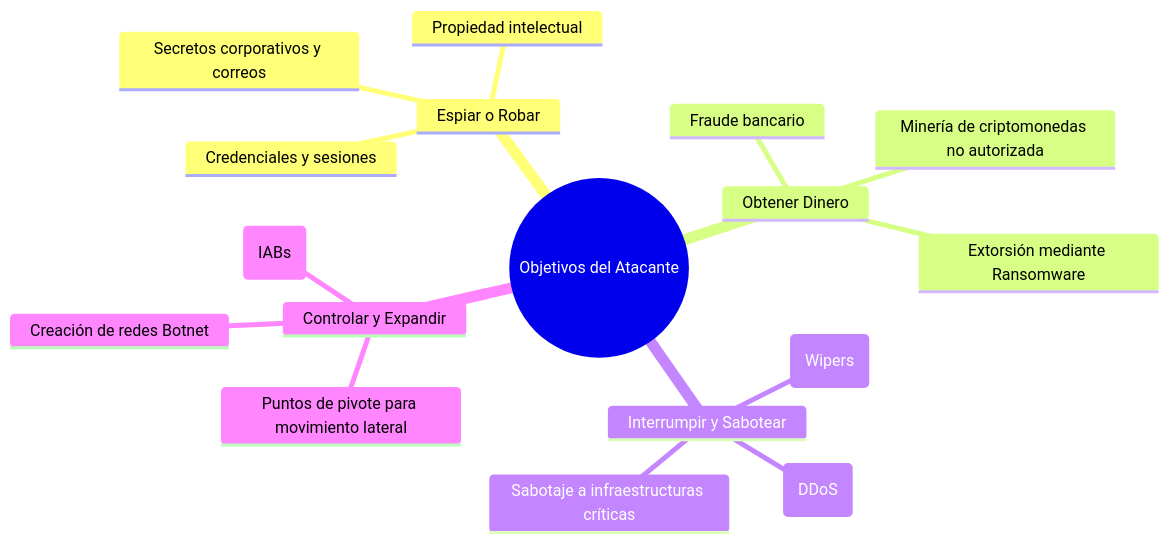
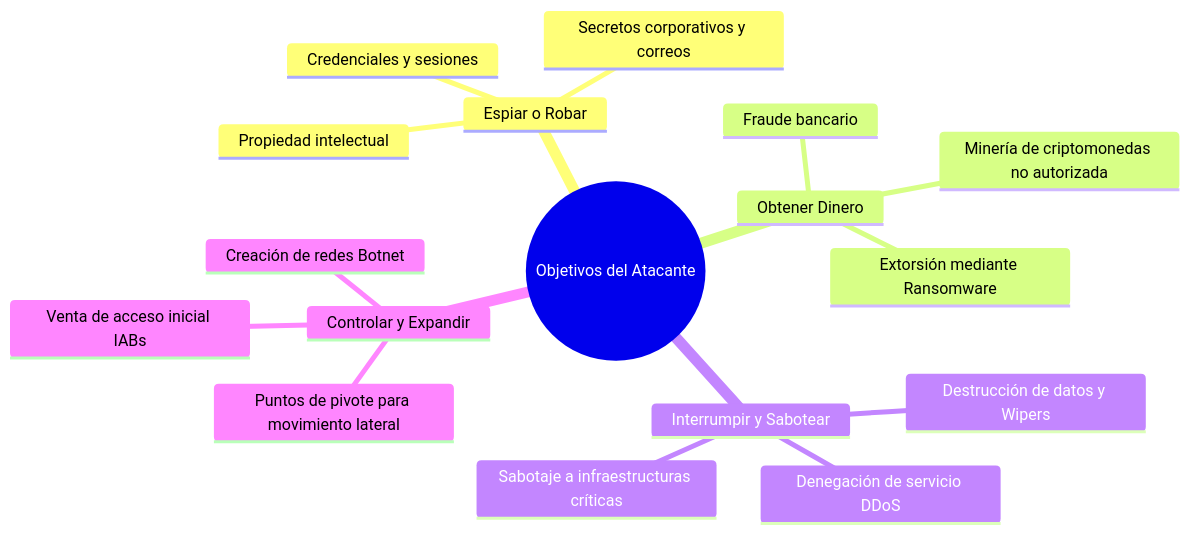
The second of 5 diagrams in malware-analysis/01-fundamentos-y-taxonomia/README.md (purpesec/purpesec-academy), drawn with Mermaid before and after one commit. The commit also changed 6 other files, not shown here.

Commit message:
feat: initialize project structure and add laboratory documentation for SOC architecture and threat intelligence with Wazuh

````diff
--- a/malware-analysis/01-fundamentos-y-taxonomia/README.md
+++ b/malware-analysis/01-fundamentos-y-taxonomia/README.md
@@ -62,20 +62,20 @@
 ```mermaid
 mindmap
   root((Objetivos del Atacante))
     Espiar o Robar
       Credenciales y sesiones
       Propiedad intelectual
       Secretos corporativos y correos
     Obtener Dinero
       Extorsión mediante Ransomware
       Fraude bancario
       Minería de criptomonedas no autorizada
     Interrumpir y Sabotear
-      Destrucción de datos (Wipers)
-      Denegación de servicio (DDoS)
+      Destrucción de datos y Wipers
+      Denegación de servicio DDoS
       Sabotaje a infraestructuras críticas
     Controlar y Expandir
       Creación de redes Botnet
       Puntos de pivote para movimiento lateral
-      Venta de acceso inicial (IABs)
+      Venta de acceso inicial IABs
 ```
````
